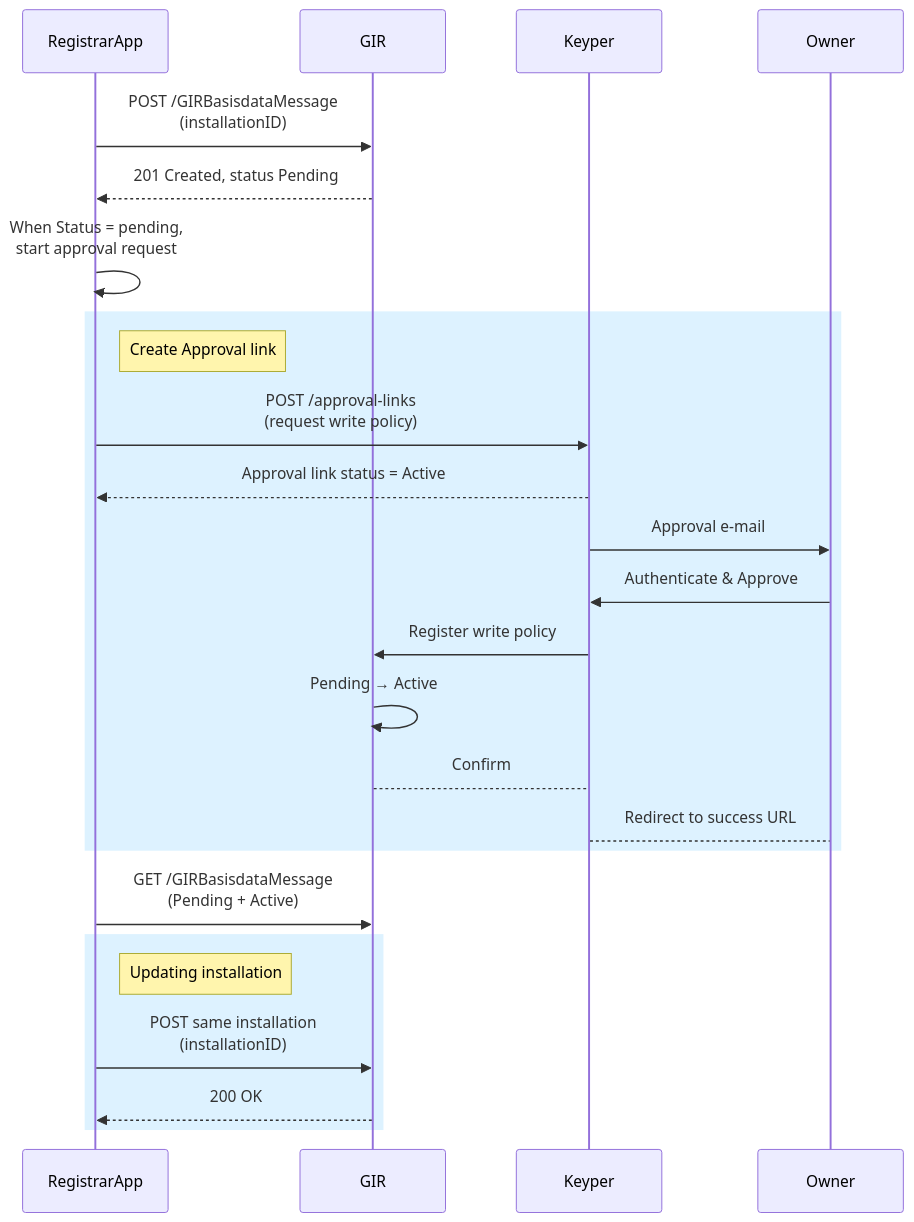
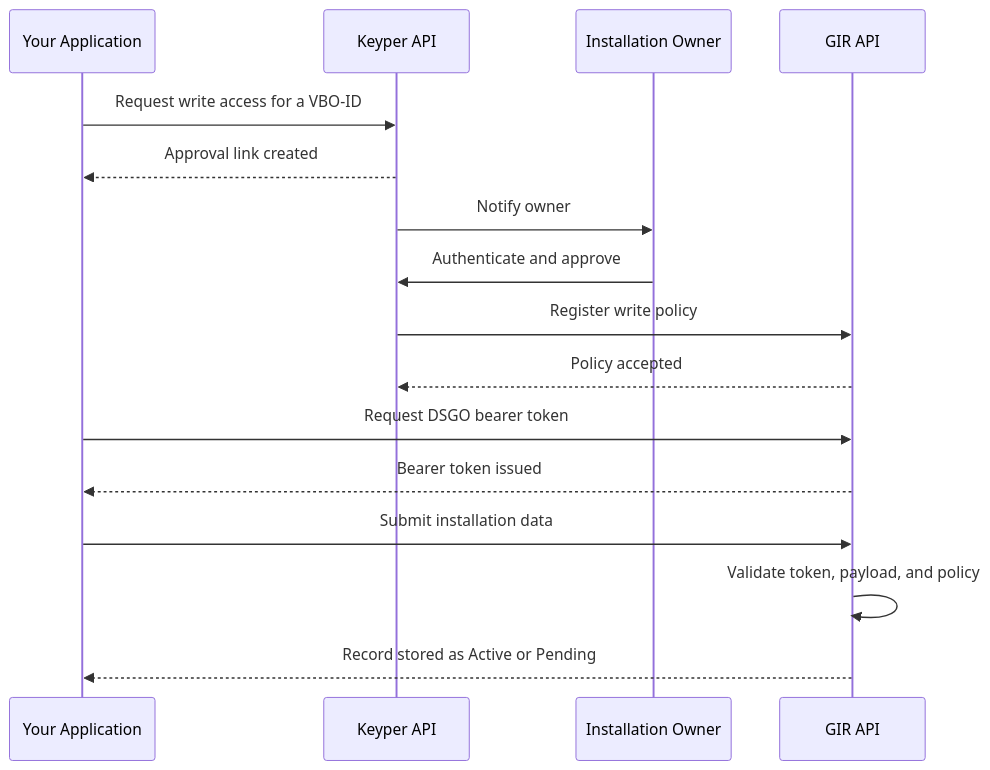
One commit to POORT8/Poort8.Docs changed the first of 7 diagrams in gir/registrar-flow.md. Above: the diagram before and after it, drawn with Mermaid. The commit also changed other lines of this file and 8 other files, not shown here.

````diff
--- a/gir/registrar-flow.md
+++ b/gir/registrar-flow.md
@@ -9,30 +25,21 @@
 ```mermaid
 sequenceDiagram
-    participant RegistrarApp
-    participant GIR
-    participant Keyper
-    participant Owner
+    participant App as Your Application
+    participant Keyper as Keyper API
+    participant Owner as Installation Owner
+    participant GIR as GIR API
 
-    RegistrarApp->>GIR: POST /GIRBasisdataMessage<br/>(installationID)
-    GIR-->>RegistrarApp: 201 Created, status Pending
+    App->>Keyper: Request write access for a VBO-ID
+    Keyper-->>App: Approval link created
+    Keyper->>Owner: Notify owner
+    Owner->>Keyper: Authenticate and approve
+    Keyper->>GIR: Register write policy
+    GIR-->>Keyper: Policy accepted
 
-    RegistrarApp->>RegistrarApp: When Status = pending,<br/>start approval request
-    rect rgb(221, 242, 255)
-        note right of RegistrarApp: Create Approval link
-        RegistrarApp->>Keyper: POST /approval-links<br/>(request write policy)
-        Keyper-->>RegistrarApp: Approval link status = Active
-        Keyper->>Owner: Approval e-mail
-        Owner->>Keyper: Authenticate & Approve
-        Keyper->>GIR: Register write policy
-        GIR->>GIR: Pending → Active
-        GIR-->Keyper: Confirm
-        Keyper-->Owner: Redirect to success URL
-    end
-    RegistrarApp->>GIR: GET /GIRBasisdataMessage<br/>(Pending + Active)
-    
-    rect rgb(221, 242, 255)
-        note right of RegistrarApp: Updating installation
-        RegistrarApp->>GIR: POST same installation<br/>(installationID)
-        GIR-->>RegistrarApp: 200 OK
-    end
+    App->>GIR: Request DSGO bearer token
+    GIR-->>App: Bearer token issued
+
+    App->>GIR: Submit installation data
+    GIR->>GIR: Validate token, payload, and policy
+    GIR-->>App: Record stored as Active or Pending
 ```
````
